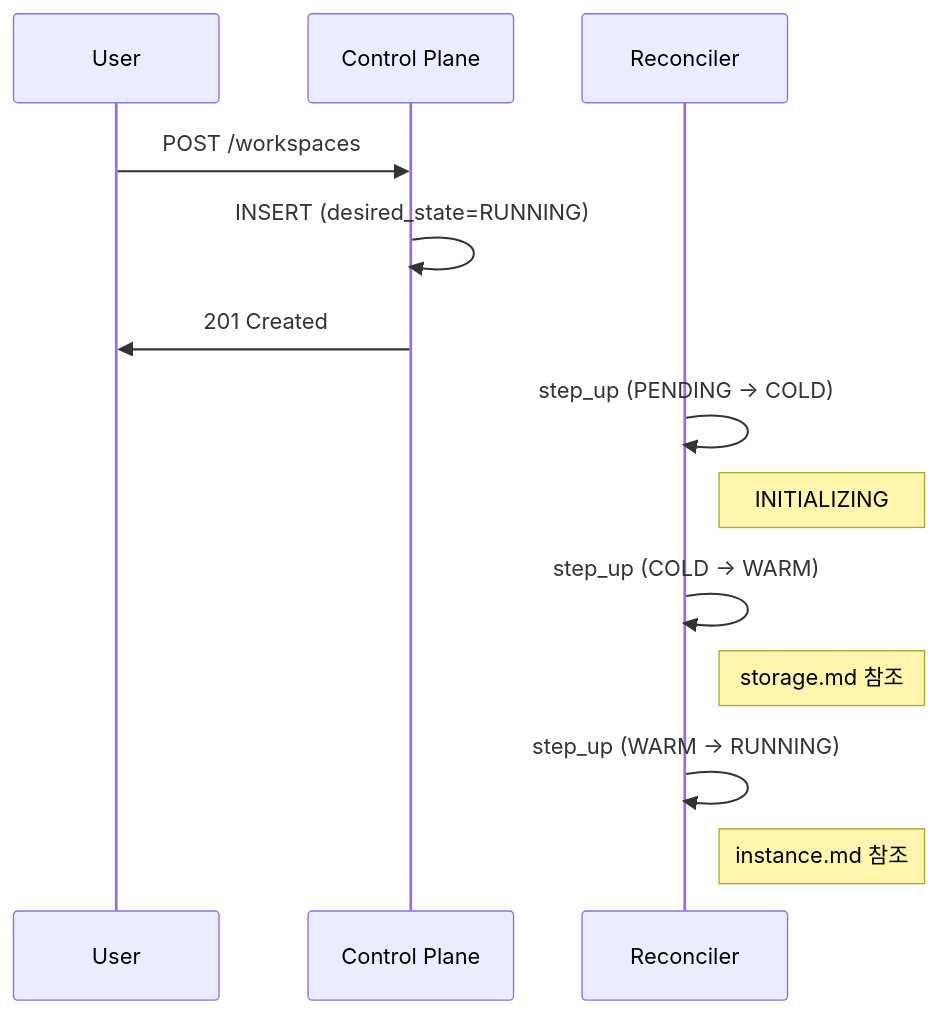
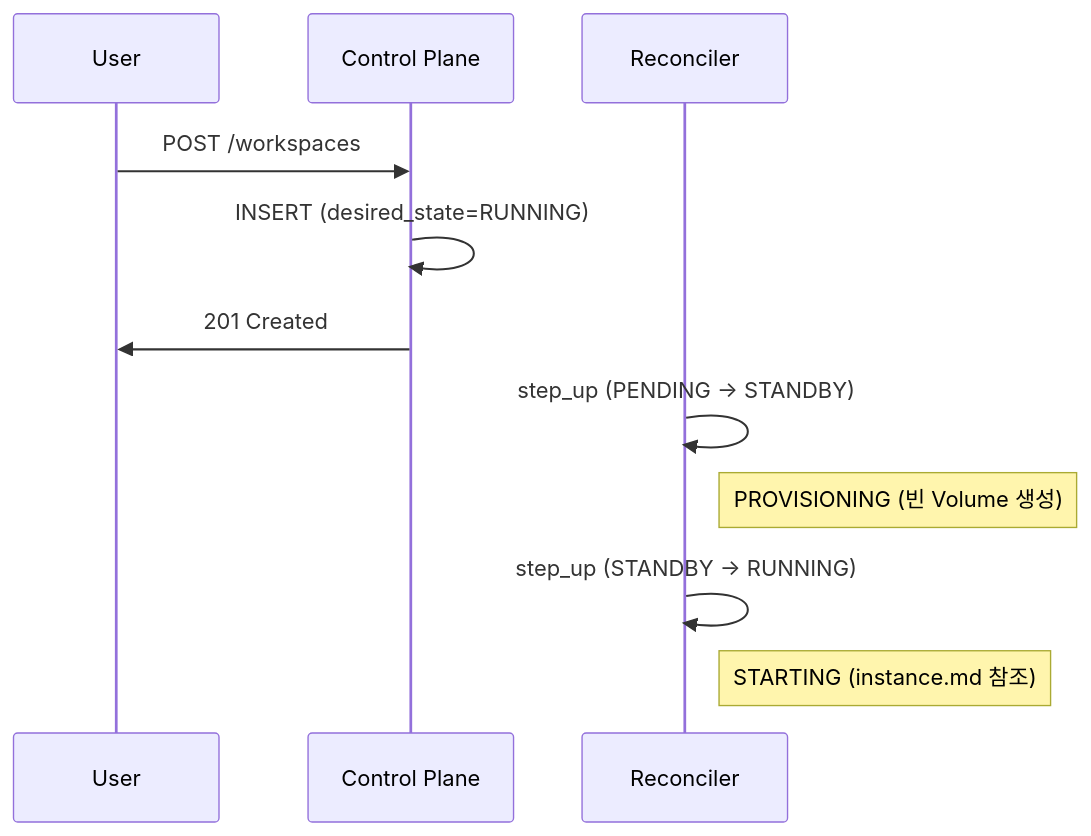
The first of 9 diagrams in docs/spec_v2/flows.md (cagojeiger/code-hub), drawn with Mermaid before and after one commit. The commit also changed other lines of this file and 11 other files, not shown here.

````diff
--- a/docs/spec_v2/flows.md
+++ b/docs/spec_v2/flows.md
@@ -24,17 +24,15 @@
 ```mermaid
 sequenceDiagram
     participant U as User
     participant API as Control Plane
     participant R as Reconciler
 
     U->>API: POST /workspaces
     API->>API: INSERT (desired_state=RUNNING)
     API->>U: 201 Created
 
-    R->>R: step_up (PENDING → COLD)
-    Note right of R: INITIALIZING
-    R->>R: step_up (COLD → WARM)
-    Note right of R: storage.md 참조
-    R->>R: step_up (WARM → RUNNING)
-    Note right of R: instance.md 참조
+    R->>R: step_up (PENDING → STANDBY)
+    Note right of R: PROVISIONING (빈 Volume 생성)
+    R->>R: step_up (STANDBY → RUNNING)
+    Note right of R: STARTING (instance.md 참조)
 ```
````
